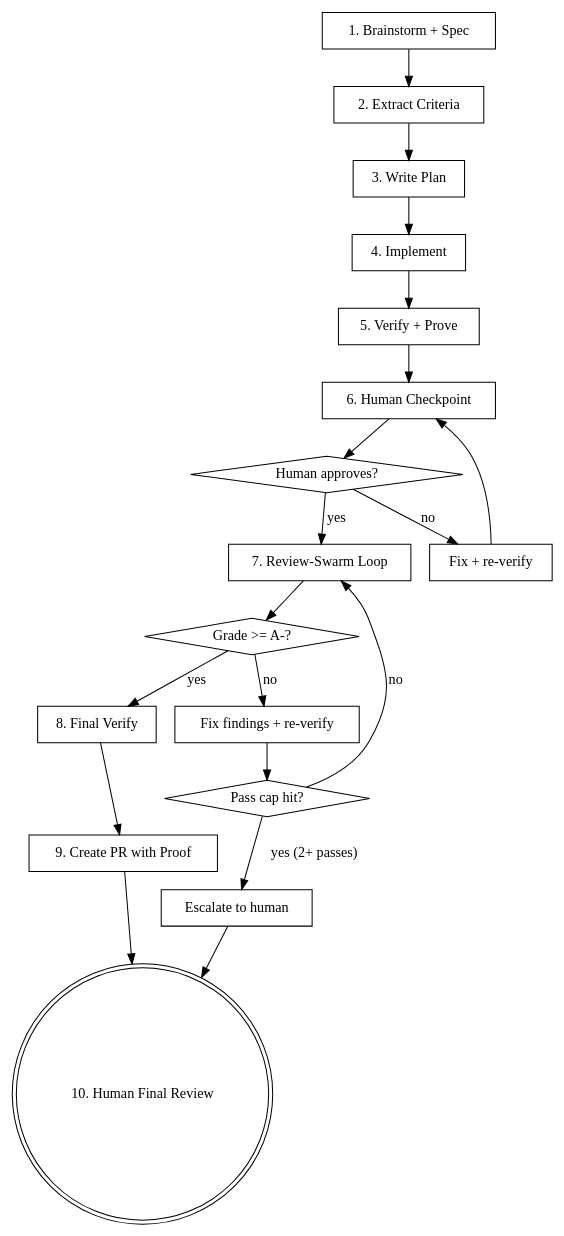
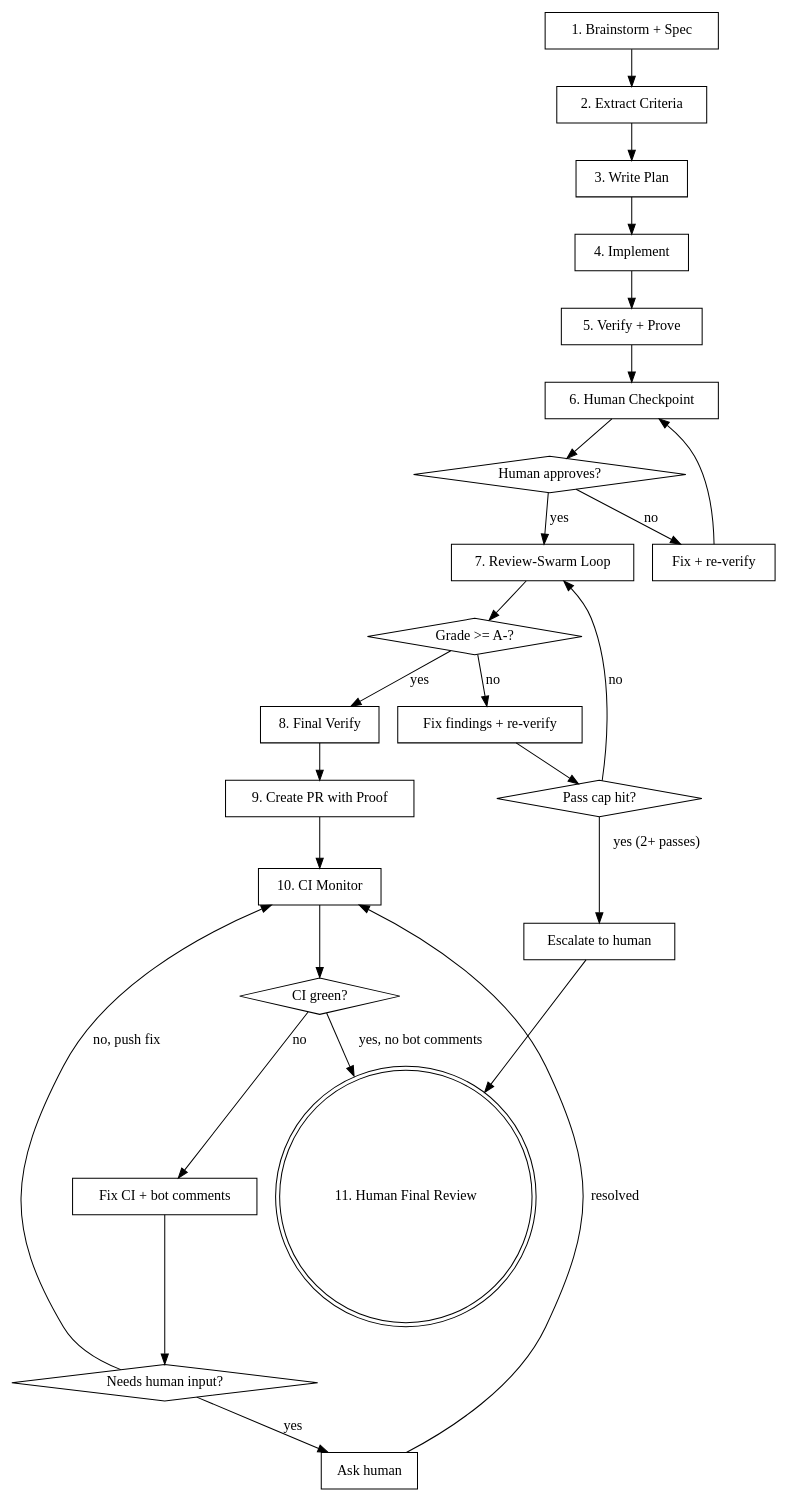
The diagram in ai/skills/proof-driven-dev/SKILL.md (vdekrijger/dotfiles), drawn with Graphviz before and after one commit. The commit also changed other lines of this file, not shown here.

First line of the commit message:
Add CI monitoring + bot comment handling phase

````diff
--- a/ai/skills/proof-driven-dev/SKILL.md
+++ b/ai/skills/proof-driven-dev/SKILL.md
@@ -14,41 +14,53 @@
 ```dot
 digraph proof_driven {
     rankdir=TB;
 
     "1. Brainstorm + Spec" [shape=box];
     "2. Extract Criteria" [shape=box];
     "3. Write Plan" [shape=box];
     "4. Implement" [shape=box];
     "5. Verify + Prove" [shape=box];
     "6. Human Checkpoint" [shape=box];
     "Human approves?" [shape=diamond];
     "Fix + re-verify" [shape=box];
     "7. Review-Swarm Loop" [shape=box];
     "Grade >= A-?" [shape=diamond];
     "Fix findings + re-verify" [shape=box];
     "Pass cap hit?" [shape=diamond];
     "Escalate to human" [shape=box];
     "8. Final Verify" [shape=box];
     "9. Create PR with Proof" [shape=box];
-    "10. Human Final Review" [shape=doublecircle];
+    "10. CI Monitor" [shape=box];
+    "CI green?" [shape=diamond];
+    "Fix CI + bot comments" [shape=box];
+    "Needs human input?" [shape=diamond];
+    "Ask human" [shape=box];
+    "11. Human Final Review" [shape=doublecircle];
 
     "1. Brainstorm + Spec" -> "2. Extract Criteria";
     "2. Extract Criteria" -> "3. Write Plan";
     "3. Write Plan" -> "4. Implement";
     "4. Implement" -> "5. Verify + Prove";
     "5. Verify + Prove" -> "6. Human Checkpoint";
     "6. Human Checkpoint" -> "Human approves?";
     "Human approves?" -> "7. Review-Swarm Loop" [label="yes"];
     "Human approves?" -> "Fix + re-verify" [label="no"];
     "Fix + re-verify" -> "6. Human Checkpoint";
     "7. Review-Swarm Loop" -> "Grade >= A-?";
     "Grade >= A-?" -> "8. Final Verify" [label="yes"];
     "Grade >= A-?" -> "Fix findings + re-verify" [label="no"];
     "Fix findings + re-verify" -> "Pass cap hit?";
     "Pass cap hit?" -> "Escalate to human" [label="yes (2+ passes)"];
     "Pass cap hit?" -> "7. Review-Swarm Loop" [label="no"];
-    "Escalate to human" -> "10. Human Final Review";
+    "Escalate to human" -> "11. Human Final Review";
     "8. Final Verify" -> "9. Create PR with Proof";
-    "9. Create PR with Proof" -> "10. Human Final Review";
+    "9. Create PR with Proof" -> "10. CI Monitor";
+    "10. CI Monitor" -> "CI green?";
+    "CI green?" -> "11. Human Final Review" [label="yes, no bot comments"];
+    "CI green?" -> "Fix CI + bot comments" [label="no"];
+    "Fix CI + bot comments" -> "Needs human input?";
+    "Needs human input?" -> "Ask human" [label="yes"];
+    "Needs human input?" -> "10. CI Monitor" [label="no, push fix"];
+    "Ask human" -> "10. CI Monitor" [label="resolved"];
 }
 ```
````
